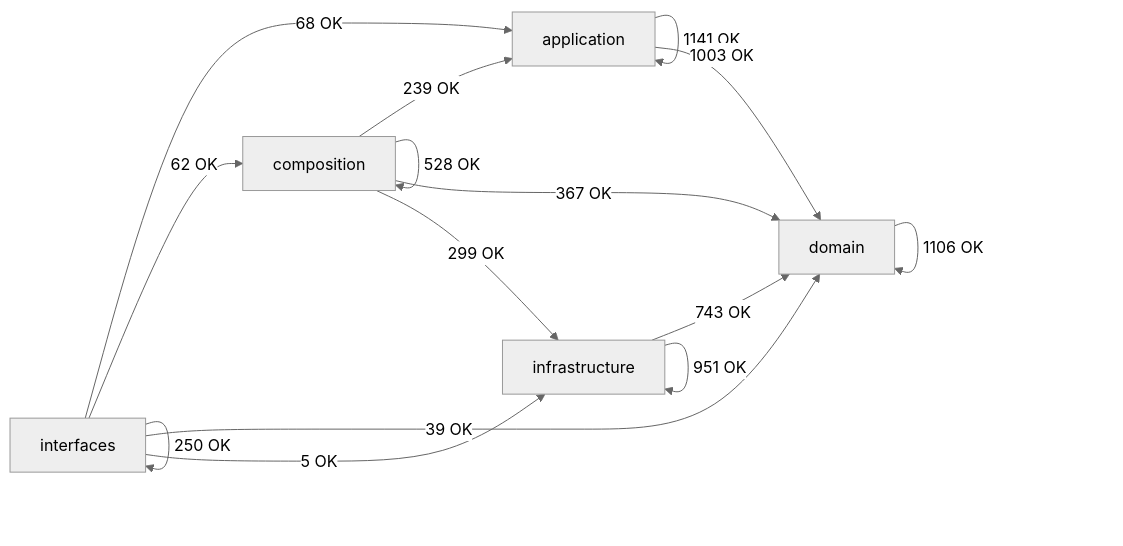
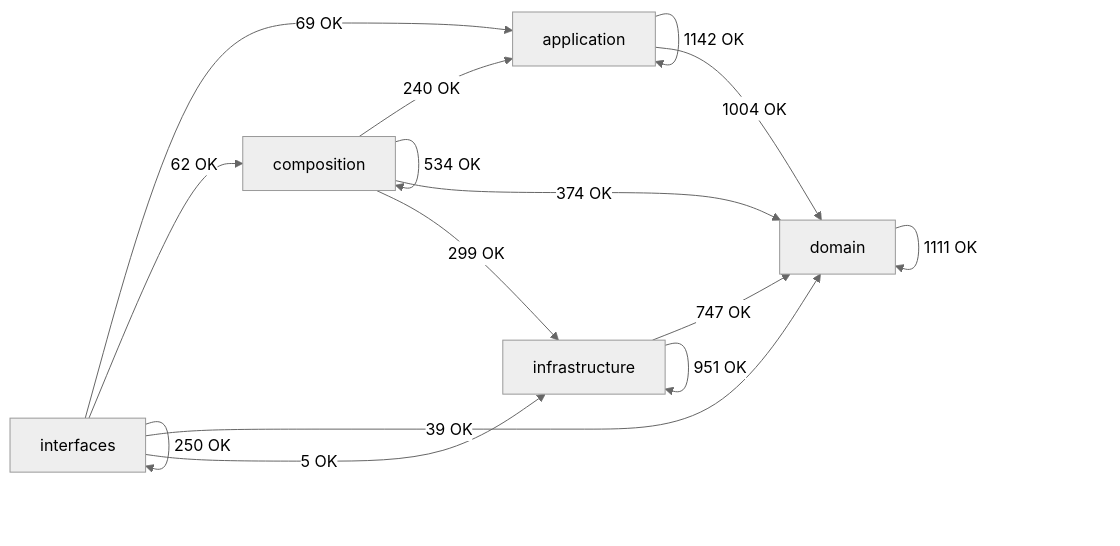
The diagram in docs/02-architecture/generated/module-dependency-map.md (SatoryKono/BioactivityDataAcquisition), drawn with Mermaid (neutral theme) before and after one commit. The commit also changed other lines of this file and 13 other files, not shown here.

````diff
--- a/docs/02-architecture/generated/module-dependency-map.md
+++ b/docs/02-architecture/generated/module-dependency-map.md
@@ -17,22 +17,22 @@
 ```mermaid
 flowchart LR
     domain[domain]
     application[application]
     infrastructure[infrastructure]
     composition[composition]
     interfaces[interfaces]
-    application -->|1141 OK| application
-    application -->|1003 OK| domain
-    composition -->|239 OK| application
-    composition -->|528 OK| composition
-    composition -->|367 OK| domain
+    application -->|1142 OK| application
+    application -->|1004 OK| domain
+    composition -->|240 OK| application
+    composition -->|534 OK| composition
+    composition -->|374 OK| domain
     composition -->|299 OK| infrastructure
-    domain -->|1106 OK| domain
-    infrastructure -->|743 OK| domain
+    domain -->|1111 OK| domain
+    infrastructure -->|747 OK| domain
     infrastructure -->|951 OK| infrastructure
-    interfaces -->|68 OK| application
+    interfaces -->|69 OK| application
     interfaces -->|62 OK| composition
     interfaces -->|39 OK| domain
     interfaces -->|5 OK| infrastructure
     interfaces -->|250 OK| interfaces
 ```
````
